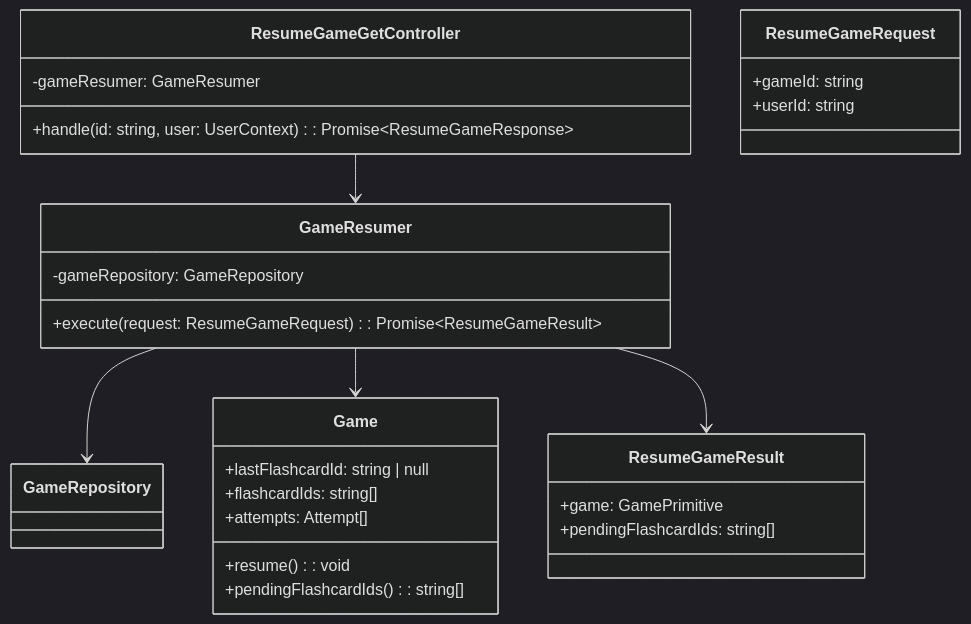
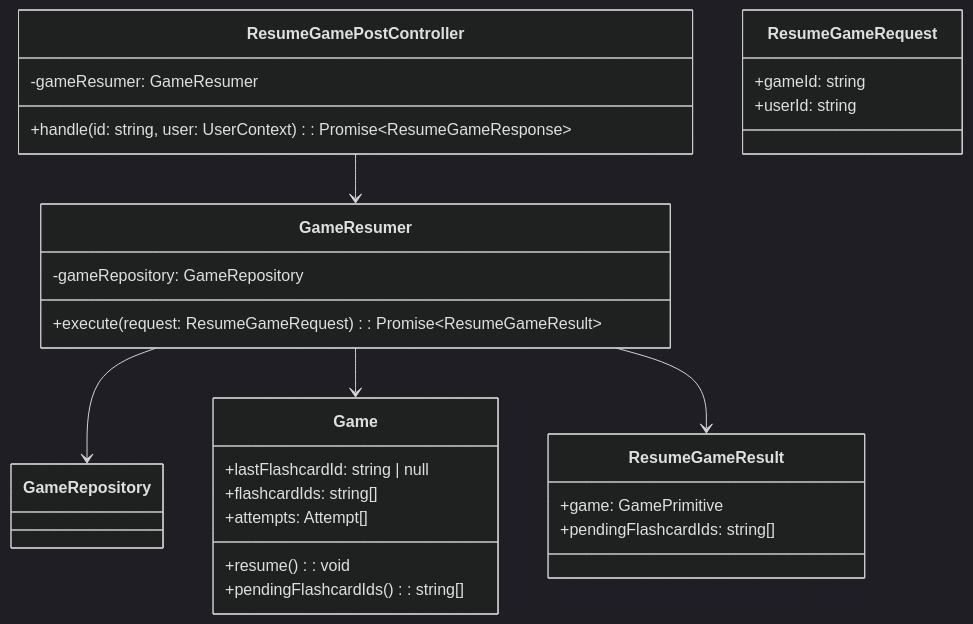
One commit to AbrahamVilchesDeLaCruz/ididntcatchthat changed the diagram in docs/apps/api/gaming/resume/classes.md. Above: the diagram before and after it, drawn with Mermaid (dark theme). The commit also changed 13 other files, not shown here.

````diff
--- a/docs/apps/api/gaming/resume/classes.md
+++ b/docs/apps/api/gaming/resume/classes.md
@@ -3,35 +3,35 @@
 ```mermaid
 classDiagram
-    class ResumeGameGetController {
+    class ResumeGamePostController {
         -gameResumer: GameResumer
         +handle(id: string, user: UserContext): Promise~ResumeGameResponse~
     }
 
     class GameResumer {
         -gameRepository: GameRepository
         +execute(request: ResumeGameRequest): Promise~ResumeGameResult~
     }
 
     class ResumeGameRequest {
         +gameId: string
         +userId: string
     }
 
     class ResumeGameResult {
         +game: GamePrimitive
         +pendingFlashcardIds: string[]
     }
 
     class Game {
         +resume(): void
         +pendingFlashcardIds(): string[]
         +lastFlashcardId: string | null
         +flashcardIds: string[]
         +attempts: Attempt[]
     }
 
-    ResumeGameGetController --> GameResumer
+    ResumeGamePostController --> GameResumer
     GameResumer --> GameRepository
     GameResumer --> Game
     GameResumer --> ResumeGameResult
 ```
````
